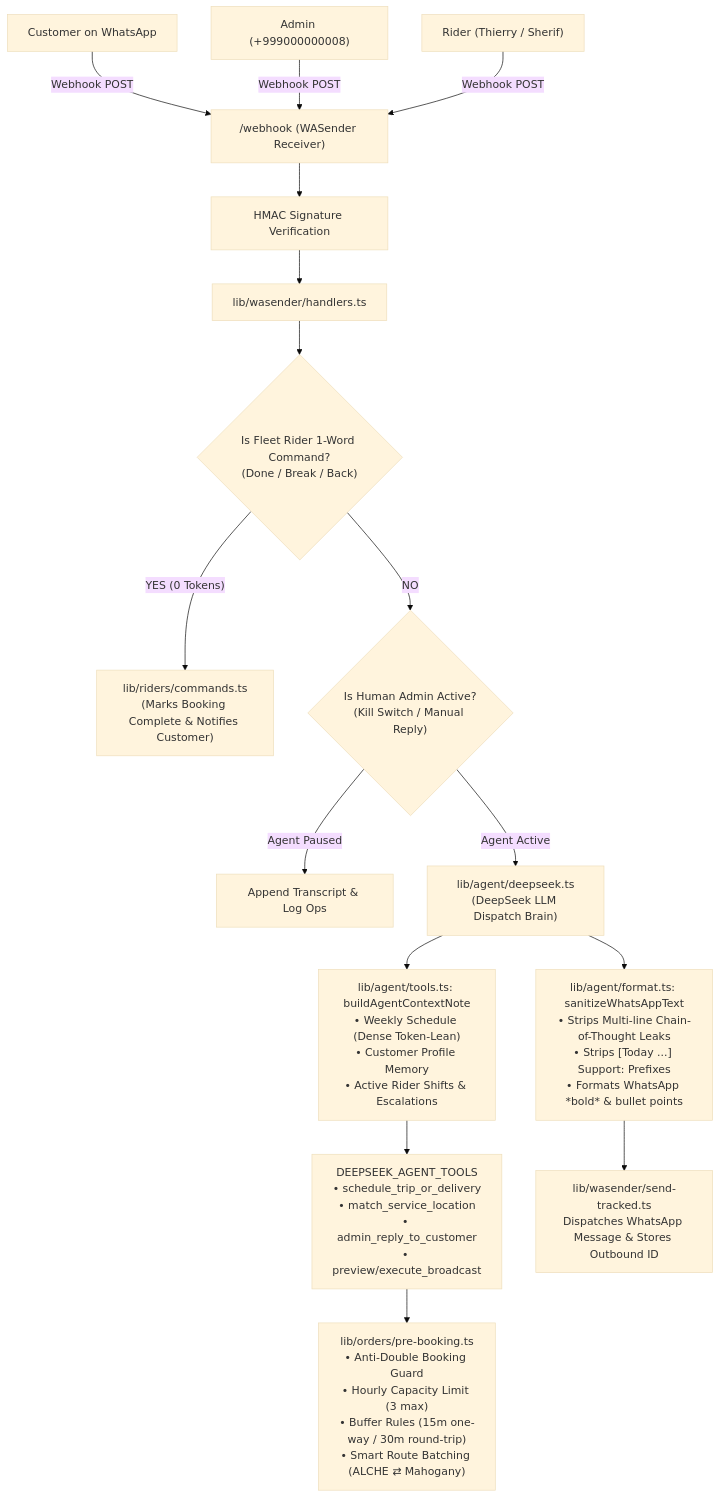
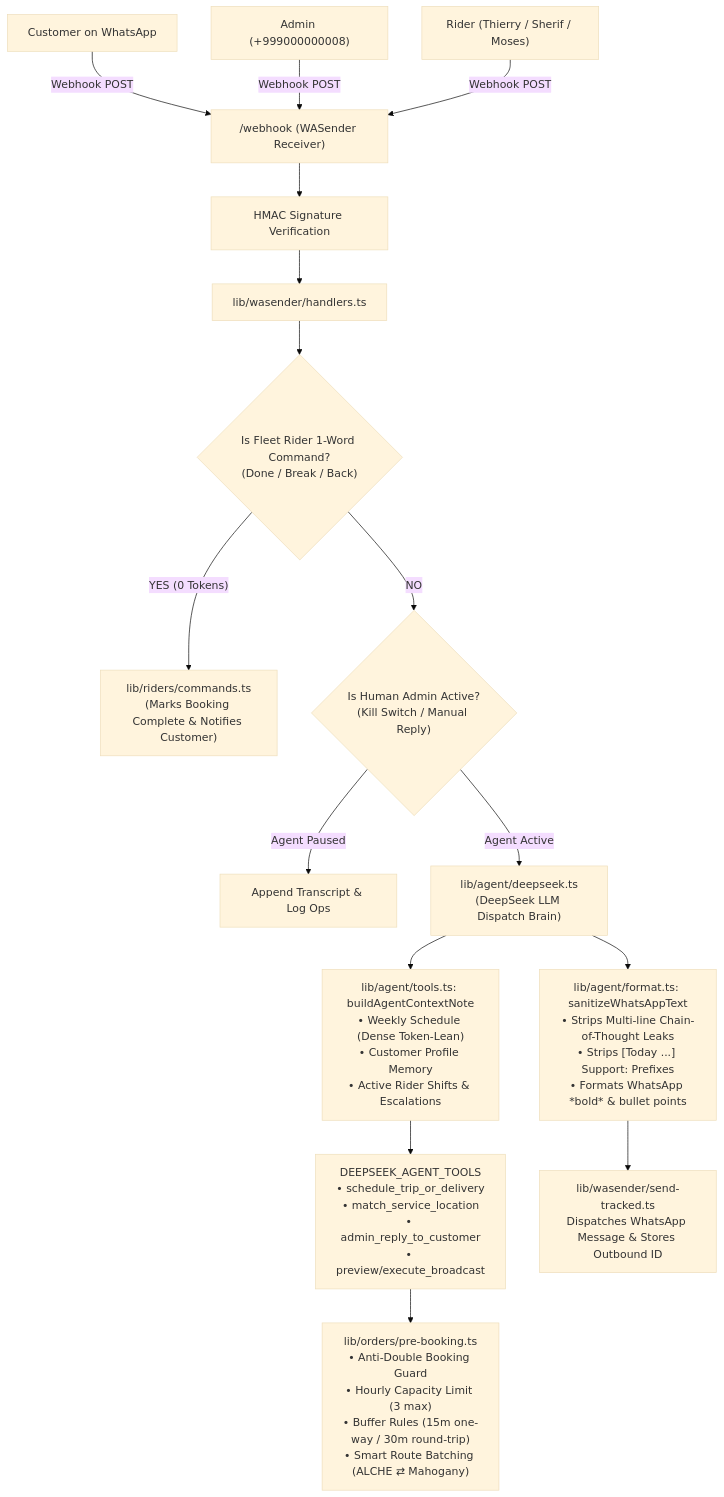
Before and after one commit to TheNonFungibleHuman/grabbit-dispatch-engine: the diagram in AGENTS.md, drawn with Mermaid (base theme). The commit also changed other lines of this file and 8 other files, not shown here.

````diff
--- a/AGENTS.md
+++ b/AGENTS.md
@@ -42,26 +42,26 @@
 ```mermaid
 flowchart TD
     Customer["Customer on WhatsApp"] -->|"Webhook POST"| Ingress["/webhook (WASender Receiver)"]
     Admin["Admin (+999000000008)"] -->|"Webhook POST"| Ingress
-    Rider["Rider (Thierry / Sherif)"] -->|"Webhook POST"| Ingress
+    Rider["Rider (Thierry / Sherif / Moses)"] -->|"Webhook POST"| Ingress
 
     Ingress --> Verify["HMAC Signature Verification"]
     Verify --> Handler["lib/wasender/handlers.ts"]
 
     Handler --> CheckRiderCmd{"Is Fleet Rider 1-Word Command?<br>(Done / Break / Back)"}
     CheckRiderCmd -->|"YES (0 Tokens)"| RiderCmdEngine["lib/riders/commands.ts<br>(Marks Booking Complete & Notifies Customer)"]
     
     CheckRiderCmd -->|"NO"| HumanTakeoverCheck{"Is Human Admin Active?<br>(Kill Switch / Manual Reply)"}
     HumanTakeoverCheck -->|"Agent Paused"| RecordOnly["Append Transcript & Log Ops"]
 
     HumanTakeoverCheck -->|"Agent Active"| Agent["lib/agent/deepseek.ts<br>(DeepSeek LLM Dispatch Brain)"]
 
     Agent --> ContextBuilder["lib/agent/tools.ts: buildAgentContextNote<br>• Weekly Schedule (Dense Token-Lean)<br>• Customer Profile Memory<br>• Active Rider Shifts & Escalations"]
     ContextBuilder --> Tools["DEEPSEEK_AGENT_TOOLS<br>• schedule_trip_or_delivery<br>• match_service_location<br>• admin_reply_to_customer<br>• preview/execute_broadcast"]
     
     Tools --> PreBooking["lib/orders/pre-booking.ts<br>• Anti-Double Booking Guard<br>• Hourly Capacity Limit (3 max)<br>• Buffer Rules (15m one-way / 30m round-trip)<br>• Smart Route Batching (ALCHE ⇄ Mahogany)"]
 
     Agent --> Sanitizer["lib/agent/format.ts: sanitizeWhatsAppText<br>• Strips Multi-line Chain-of-Thought Leaks<br>• Strips [Today ...] Support: Prefixes<br>• Formats WhatsApp *bold* & bullet points"]
 
     Sanitizer --> DispatchOut["lib/wasender/send-tracked.ts<br>Dispatches WhatsApp Message & Stores Outbound ID"]
 ```
````
